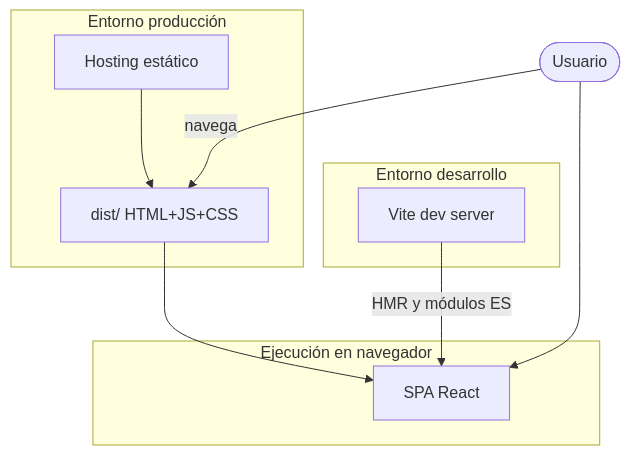
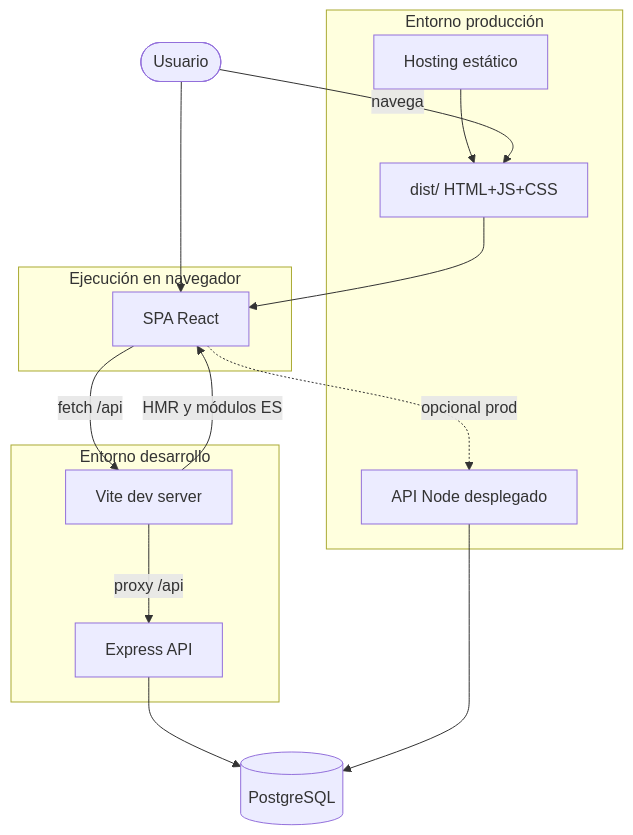
One commit to isaacmvimv/AI4Devs-finalproject-IMV changed the fifth of 5 diagrams in docs/infrastructure.md. Above: the diagram before and after it, drawn with Mermaid. The commit also changed other lines of this file and 6 other files, not shown here.

Commit message:
Added first API HTTP methowd with Express (Express/CORS/Dotenv) (Node) + Prisma

````diff
--- a/docs/infrastructure.md
+++ b/docs/infrastructure.md
@@ -281,23 +305,32 @@
 ```mermaid
 flowchart TB
     User([Usuario])
 
     subgraph dev["Entorno desarrollo"]
       Vite[Vite dev server]
+      ApiDev[Express API]
+      Vite -->|proxy /api| ApiDev
     end
 
     subgraph runtime["Ejecución en navegador"]
       ReactApp[SPA React]
     end
 
     subgraph prod["Entorno producción"]
       Host[Hosting estático]
       Dist[dist/ HTML+JS+CSS]
+      ApiProd[API Node desplegado]
     end
+
+    PG[(PostgreSQL)]
 
     User --> ReactApp
     Vite -->|HMR y módulos ES| ReactApp
+    ReactApp -->|fetch /api| Vite
+    ApiDev --> PG
     Host --> Dist
     User -->|navega| Dist
     Dist --> ReactApp
+    ReactApp -.->|opcional prod| ApiProd
+    ApiProd --> PG
 ```
````
